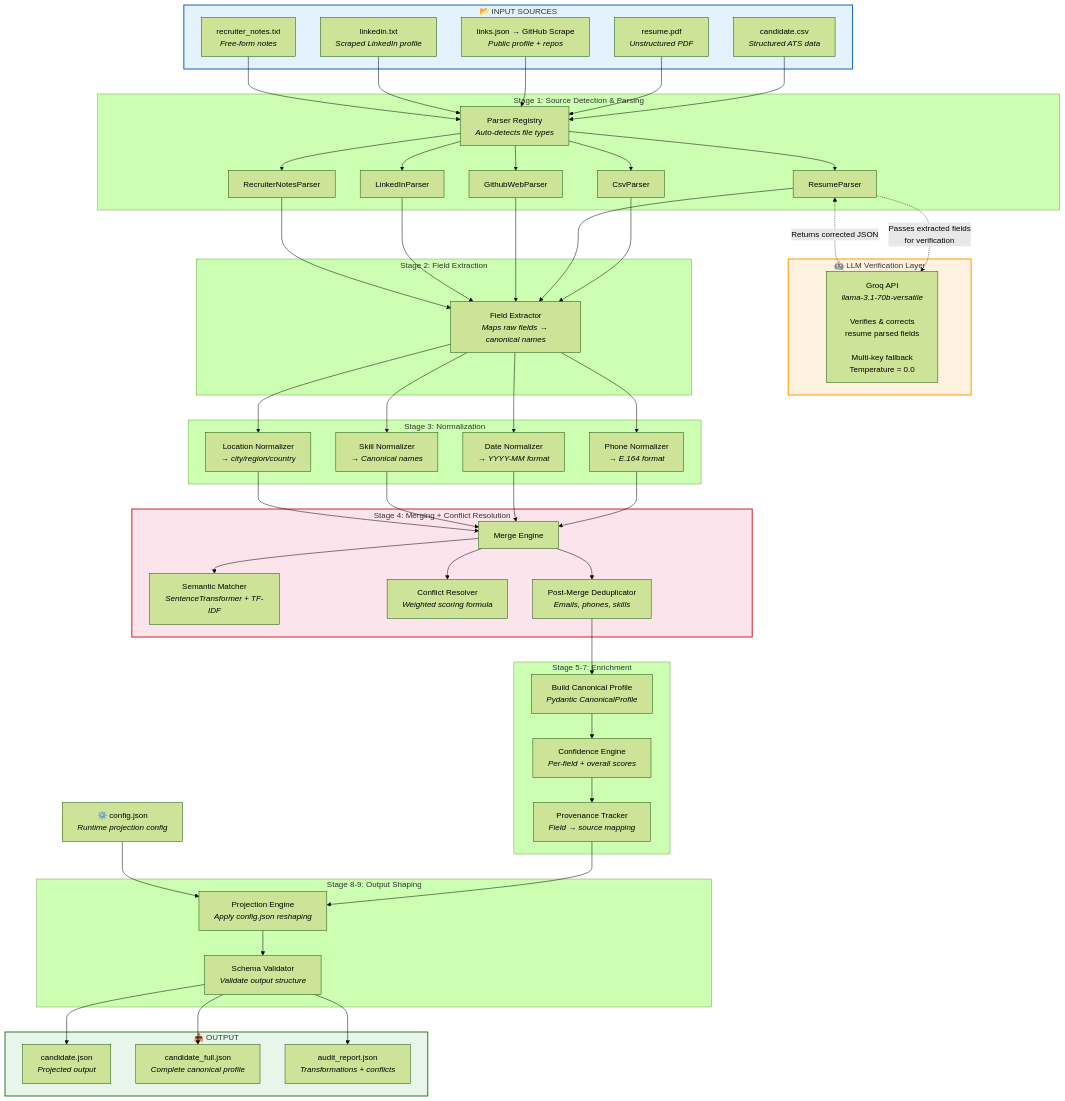
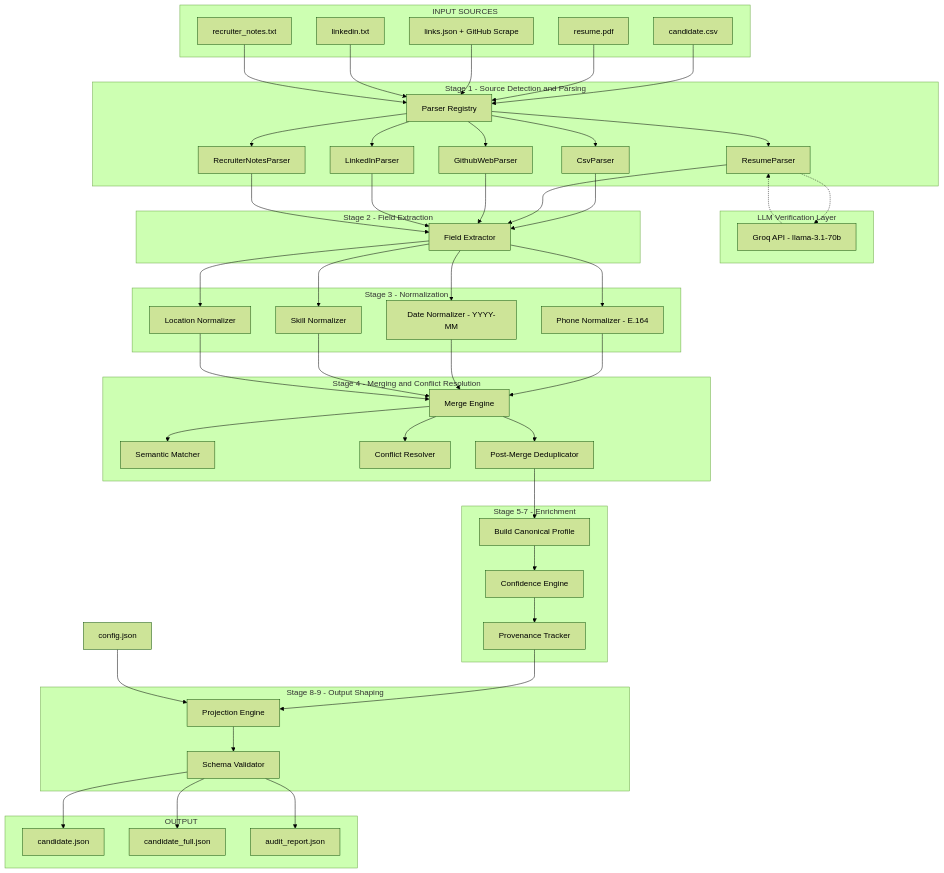
One commit to sushantkumar143/Multi-source-Candidate-Profile-Transformer changed the first of 6 diagrams in README.md. Above: the diagram before and after it, drawn with Mermaid (forest theme). The commit also changed other lines of this file, not shown here.

Commit message:
fix: remove CDATA wrapper and HTML in Mermaid labels breaking GitHub rendering

````diff
--- a/README.md
+++ b/README.md
@@ -65,15 +65,15 @@
 ```mermaid
 flowchart TB
-    subgraph INPUT["📂 INPUT SOURCES"]
-        CSV["candidate.csv<br/><i>Structured ATS data</i>"]
-        RESUME["resume.pdf<br/><i>Unstructured PDF</i>"]
-        GITHUB["links.json → GitHub Scrape<br/><i>Public profile + repos</i>"]
-        LINKEDIN["linkedin.txt<br/><i>Scraped LinkedIn profile</i>"]
-        NOTES["recruiter_notes.txt<br/><i>Free-form notes</i>"]
+    subgraph INPUT["INPUT SOURCES"]
+        CSV["candidate.csv"]
+        RESUME["resume.pdf"]
+        GITHUB["links.json + GitHub Scrape"]
+        LINKEDIN["linkedin.txt"]
+        NOTES["recruiter_notes.txt"]
     end
 
-    subgraph STAGE1["Stage 1: Source Detection & Parsing"]
-        REG["Parser Registry<br/><i>Auto-detects file types</i>"]
+    subgraph STAGE1["Stage 1 - Source Detection and Parsing"]
+        REG["Parser Registry"]
         CSV_P["CsvParser"]
         RES_P["ResumeParser"]
         GH_P["GithubWebParser"]
@@ -81,46 +81,46 @@
         RN_P["RecruiterNotesParser"]
     end
 
-    subgraph LLM_BLOCK["🤖 LLM Verification Layer"]
-        LLM["Groq API<br/><i>llama-3.1-70b-versatile</i><br/><br/>Verifies & corrects<br/>resume parsed fields<br/><br/>Multi-key fallback<br/>Temperature = 0.0"]
+    subgraph LLM_BLOCK["LLM Verification Layer"]
+        LLM["Groq API - llama-3.1-70b"]
     end
 
-    subgraph STAGE2["Stage 2: Field Extraction"]
-        EXTRACT["Field Extractor<br/><i>Maps raw fields → canonical names</i>"]
+    subgraph STAGE2["Stage 2 - Field Extraction"]
+        EXTRACT["Field Extractor"]
     end
 
-    subgraph STAGE3["Stage 3: Normalization"]
-        PHONE_N["Phone Normalizer<br/><i>→ E.164 format</i>"]
-        DATE_N["Date Normalizer<br/><i>→ YYYY-MM format</i>"]
-        SKILL_N["Skill Normalizer<br/><i>→ Canonical names</i>"]
-        LOC_N["Location Normalizer<br/><i>→ city/region/country</i>"]
+    subgraph STAGE3["Stage 3 - Normalization"]
+        PHONE_N["Phone Normalizer - E.164"]
+        DATE_N["Date Normalizer - YYYY-MM"]
+        SKILL_N["Skill Normalizer"]
+        LOC_N["Location Normalizer"]
     end
 
-    subgraph STAGE4["Stage 4: Merging + Conflict Resolution"]
+    subgraph STAGE4["Stage 4 - Merging and Conflict Resolution"]
         MERGE["Merge Engine"]
-        SEM["Semantic Matcher<br/><i>SentenceTransformer + TF-IDF</i>"]
-        CONFLICT["Conflict Resolver<br/><i>Weighted scoring formula</i>"]
-        DEDUP["Post-Merge Deduplicator<br/><i>Emails, phones, skills</i>"]
+        SEM["Semantic Matcher"]
+        CONFLICT["Conflict Resolver"]
+        DEDUP["Post-Merge Deduplicator"]
     end
 
-    subgraph STAGE5["Stage 5-7: Enrichment"]
-        CANON["Build Canonical Profile<br/><i>Pydantic CanonicalProfile</i>"]
-        CONF["Confidence Engine<br/><i>Per-field + overall scores</i>"]
-        PROV["Provenance Tracker<br/><i>Field → source mapping</i>"]
+    subgraph STAGE5["Stage 5-7 - Enrichment"]
+        CANON["Build Canonical Profile"]
+        CONF["Confidence Engine"]
+        PROV["Provenance Tracker"]
     end
 
-    subgraph STAGE8["Stage 8-9: Output Shaping"]
-        PROJ["Projection Engine<br/><i>Apply config.json reshaping</i>"]
-        VALID["Schema Validator<br/><i>Validate output structure</i>"]
+    subgraph STAGE8["Stage 8-9 - Output Shaping"]
+        PROJ["Projection Engine"]
+        VALID["Schema Validator"]
     end
 
-    subgraph OUTPUT["📤 OUTPUT"]
-        CAND["candidate.json<br/><i>Projected output</i>"]
-        FULL["candidate_full.json<br/><i>Complete canonical profile</i>"]
-        AUDIT["audit_report.json<br/><i>Transformations + conflicts</i>"]
+    subgraph OUTPUT["OUTPUT"]
+        CAND["candidate.json"]
+        FULL["candidate_full.json"]
+        AUDIT["audit_report.json"]
     end
 
-    CONFIG["⚙️ config.json<br/><i>Runtime projection config</i>"]
+    CONFIG["config.json"]
 
     CSV --> REG
     RESUME --> REG
@@ -134,8 +134,8 @@
     REG --> LI_P
     REG --> RN_P
 
-    RES_P -.->|"Passes extracted fields<br/>for verification"| LLM
-    LLM -.->|"Returns corrected JSON"| RES_P
+    RES_P -.-> LLM
+    LLM -.-> RES_P
 
     CSV_P --> EXTRACT
     RES_P --> EXTRACT
@@ -168,9 +168,4 @@
     VALID --> CAND
     VALID --> FULL
     VALID --> AUDIT
-
-    style LLM_BLOCK fill:#FFF3E0,stroke:#FF9800,stroke-width:2px
-    style INPUT fill:#E3F2FD,stroke:#1565C0,stroke-width:2px
-    style OUTPUT fill:#E8F5E9,stroke:#2E7D32,stroke-width:2px
-    style STAGE4 fill:#FCE4EC,stroke:#C62828,stroke-width:2px
 ```
````
